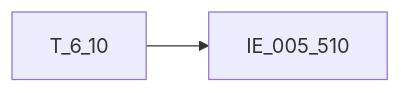
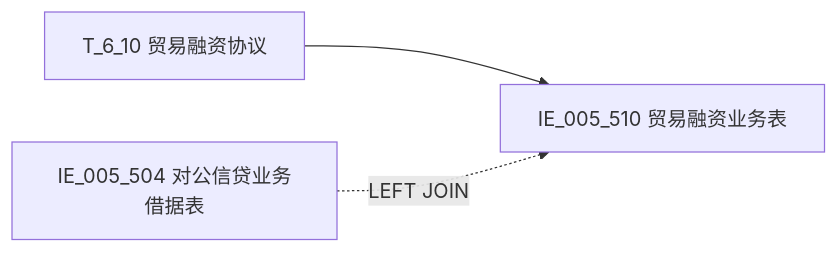
Before and after one commit to zhoujk1989-arch/Obsidian: the diagram in regulatory-data-lab/知识库/血缘/EAST5.0系统/血缘-IE_005_510-贸易融资业务表-EAST5.0系统.md, drawn with Mermaid. The commit also changed other lines of this file and 22 other files, not shown here.

````diff
--- a/regulatory-data-lab/知识库/血缘/EAST5.0系统/血缘-IE_005_510-贸易融资业务表-EAST5.0系统.md
+++ b/regulatory-data-lab/知识库/血缘/EAST5.0系统/血缘-IE_005_510-贸易融资业务表-EAST5.0系统.md
@@ -87,4 +93,5 @@
 ```mermaid
 flowchart LR
-    S1["T_6_10"] --> T["IE_005_510"]
+    T610["T_6_10 贸易融资协议"] --> IE510["IE_005_510 贸易融资业务表"]
+    IE504["IE_005_504 对公信贷业务借据表"] -.LEFT JOIN.-> IE510
 ```
````
